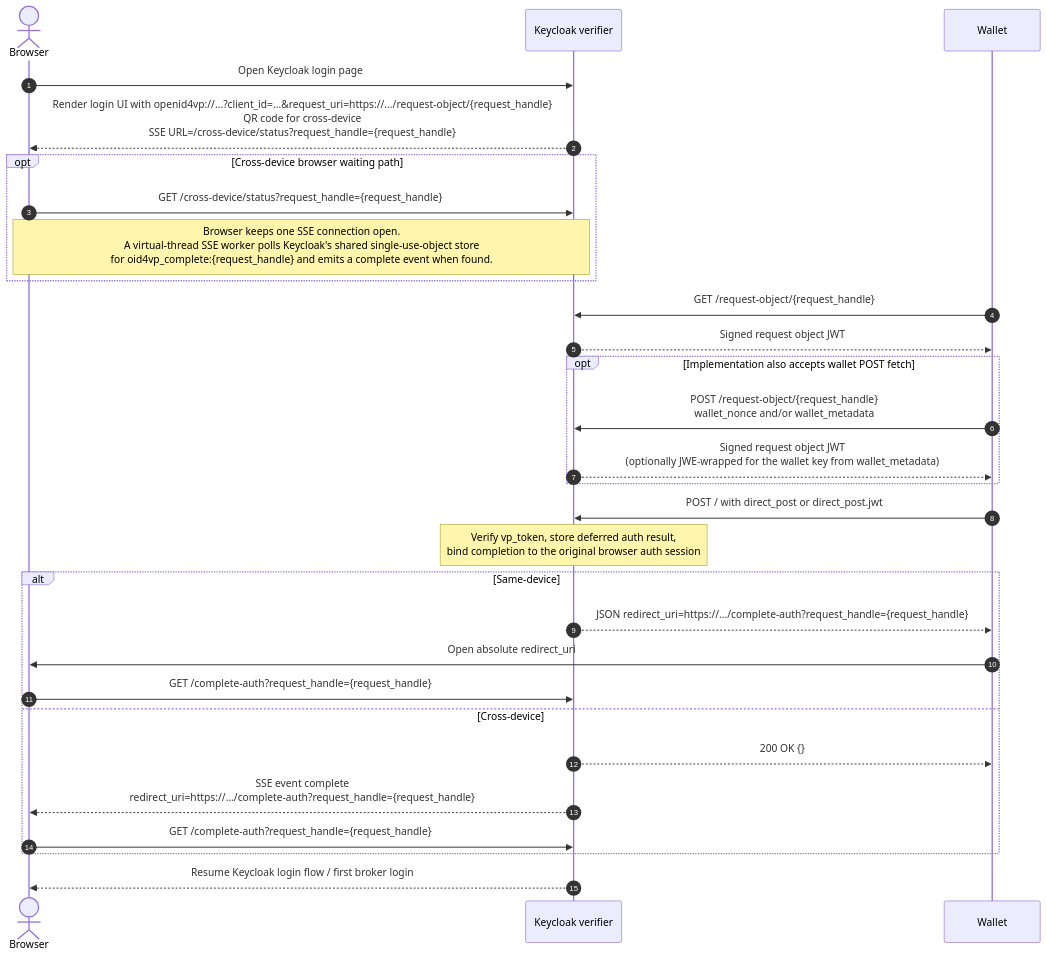
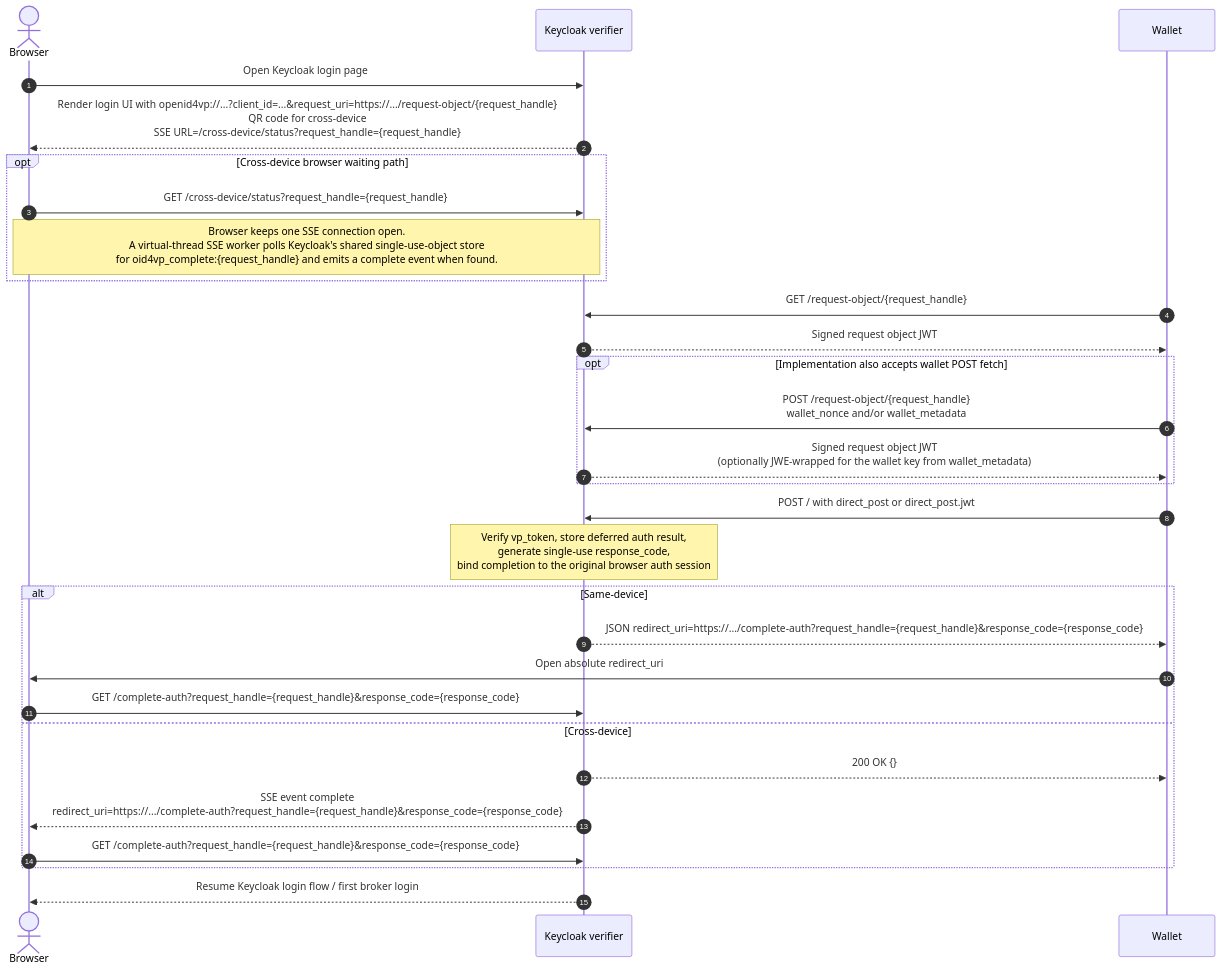
The first of 2 diagrams in docs/diagrams.md (ba-itsys/keycloak-extension-oid4vp), drawn with Mermaid before and after one commit. The commit also changed other lines of this file and 9 other files, not shown here.

Commit message:
fix: introduce response_code to prevent session fixation attacks

````diff
--- a/docs/diagrams.md
+++ b/docs/diagrams.md
@@ -10,38 +10,38 @@
 ```mermaid
 sequenceDiagram
     autonumber
     actor Browser
     participant Keycloak as Keycloak verifier
     participant Wallet
 
     Browser->>Keycloak: Open Keycloak login page
     Keycloak-->>Browser: Render login UI with openid4vp://...?client_id=...&request_uri=https://.../request-object/{request_handle}<br/>QR code for cross-device<br/>SSE URL=/cross-device/status?request_handle={request_handle}
 
     opt Cross-device browser waiting path
         Browser->>Keycloak: GET /cross-device/status?request_handle={request_handle}
         Note over Browser,Keycloak: Browser keeps one SSE connection open.<br/>A virtual-thread SSE worker polls Keycloak's shared single-use-object store<br/>for oid4vp_complete:{request_handle} and emits a complete event when found.
     end
 
     Wallet->>Keycloak: GET /request-object/{request_handle}
     Keycloak-->>Wallet: Signed request object JWT
 
     opt Implementation also accepts wallet POST fetch
         Wallet->>Keycloak: POST /request-object/{request_handle}<br/>wallet_nonce and/or wallet_metadata
         Keycloak-->>Wallet: Signed request object JWT<br/>(optionally JWE-wrapped for the wallet key from wallet_metadata)
     end
 
     Wallet->>Keycloak: POST / with direct_post or direct_post.jwt
-    Note over Keycloak: Verify vp_token, store deferred auth result,<br/>bind completion to the original browser auth session
+    Note over Keycloak: Verify vp_token, store deferred auth result,<br/>generate single-use response_code,<br/>bind completion to the original browser auth session
 
     alt Same-device
-        Keycloak-->>Wallet: JSON redirect_uri=https://.../complete-auth?request_handle={request_handle}
+        Keycloak-->>Wallet: JSON redirect_uri=https://.../complete-auth?request_handle={request_handle}&response_code={response_code}
         Wallet->>Browser: Open absolute redirect_uri
-        Browser->>Keycloak: GET /complete-auth?request_handle={request_handle}
+        Browser->>Keycloak: GET /complete-auth?request_handle={request_handle}&response_code={response_code}
     else Cross-device
         Keycloak-->>Wallet: 200 OK {}
-        Keycloak-->>Browser: SSE event complete<br/>redirect_uri=https://.../complete-auth?request_handle={request_handle}
-        Browser->>Keycloak: GET /complete-auth?request_handle={request_handle}
+        Keycloak-->>Browser: SSE event complete<br/>redirect_uri=https://.../complete-auth?request_handle={request_handle}&response_code={response_code}
+        Browser->>Keycloak: GET /complete-auth?request_handle={request_handle}&response_code={response_code}
     end
 
     Keycloak-->>Browser: Resume Keycloak login flow / first broker login
 ```
````
